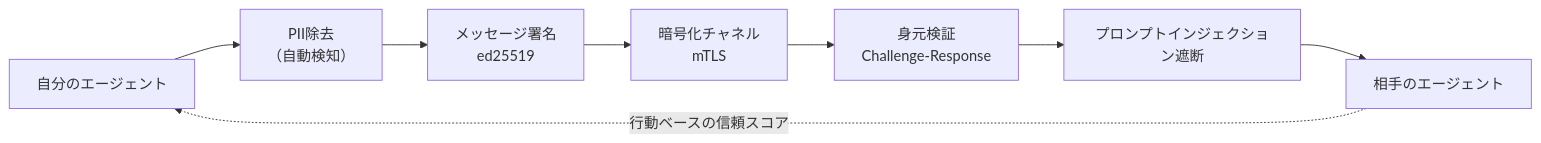
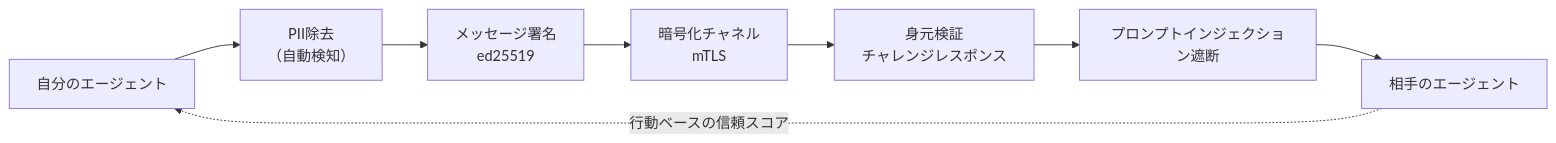
The second of 2 diagrams in content/ja/posts/ruflo-claude-code-multi-agent-orchestration.md (roboco-io/roboco-io.github.io), drawn with Mermaid before and after one commit. The commit also changed other lines of this file and 23 other files, not shown here.

Commit message:
content: localize translated images and Japanese Mermaid diagrams

````diff
--- a/content/ja/posts/ruflo-claude-code-multi-agent-orchestration.md
+++ b/content/ja/posts/ruflo-claude-code-multi-agent-orchestration.md
@@ -104,10 +104,10 @@
 ```mermaid
 flowchart LR
     A["自分のエージェント"] --> B["PII除去<br/>（自動検知）"]
     B --> C["メッセージ署名<br/>ed25519"]
     C --> D["暗号化チャネル<br/>mTLS"]
-    D --> E["身元検証<br/>Challenge-Response"]
+    D --> E["身元検証<br/>チャレンジレスポンス"]
     E --> F["プロンプトインジェクション遮断"]
     F --> G["相手のエージェント"]
     G -. "行動ベースの信頼スコア" .-> A
 ```
````
